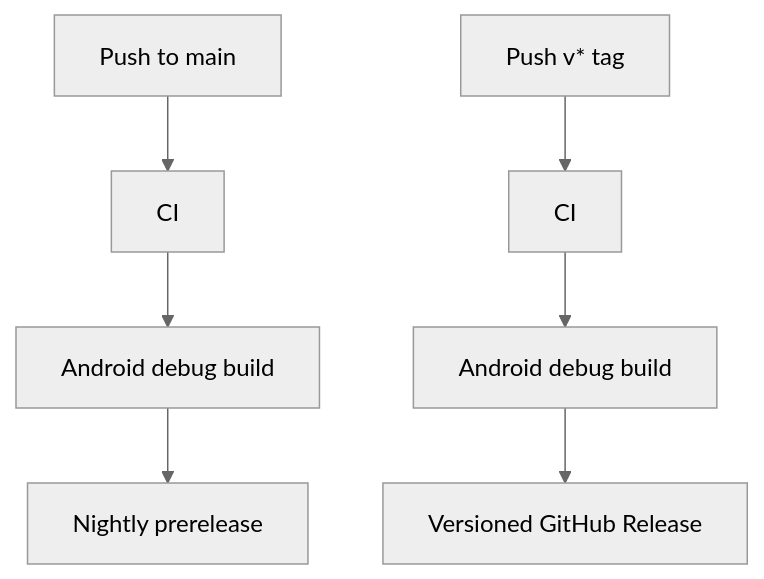
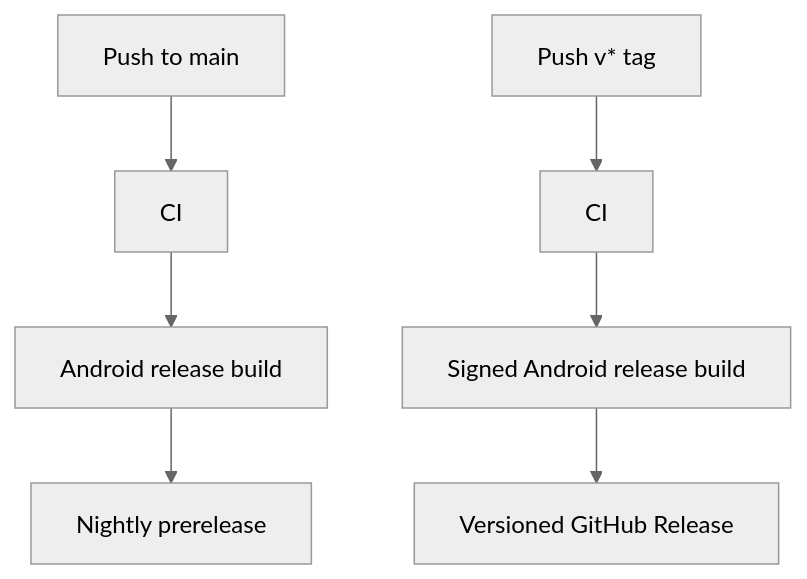
The second of 2 diagrams in README.md (hojin-v/YTET-Android), drawn with Mermaid (neutral theme) before and after one commit. The commit also changed other lines of this file and 5 other files, not shown here.

Commit message:
Build release APKs in CI

````diff
--- a/README.md
+++ b/README.md
@@ -220,9 +220,9 @@
 ```mermaid
 flowchart TD
     A[Push to main] --> B[CI]
-    B --> C[Android debug build]
+    B --> C[Android release build]
     C --> D[Nightly prerelease]
     E[Push v* tag] --> F[CI]
-    F --> G[Android debug build]
+    F --> G[Signed Android release build]
     G --> H[Versioned GitHub Release]
 ```
````
